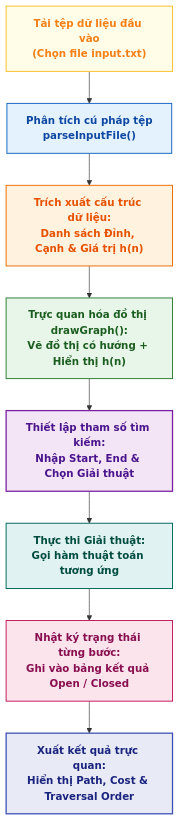
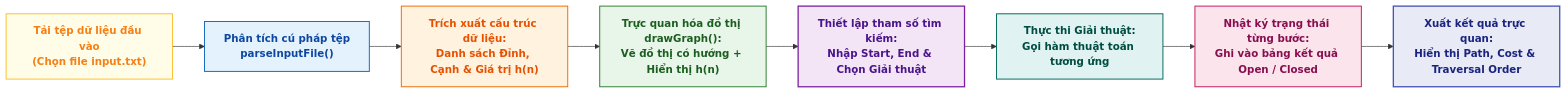
The second of 3 diagrams in README.md (huynhthanhphong231004IT/Artificial_Intelligence_CT332), drawn with Mermaid before and after one commit. The commit also changed other lines of this file, not shown here.

````diff
--- a/README.md
+++ b/README.md
@@ -108,34 +108,34 @@
 ```mermaid
-flowchart TD
+flowchart LR
     %% Định nghĩa phong cách màu sắc chuẩn Academic (Paper-Ready Multi-Color)
     classDef inputNode fill:#FFFDE7,stroke:#FBC02D,stroke-width:1.5px,color:#F57F17,font-weight:bold;
     classDef parseNode fill:#E3F2FD,stroke:#1565C0,stroke-width:1.5px,color:#0D47A1,font-weight:bold;
     classDef dataNode fill:#FFF3E0,stroke:#EF6C00,stroke-width:1.5px,color:#E65100,font-weight:bold;
     classDef renderNode fill:#E8F5E9,stroke:#2E7D32,stroke-width:1.5px,color:#1B5E20,font-weight:bold;
     classDef userNode fill:#F3E5F5,stroke:#7B1FA2,stroke-width:2px,color:#4A148C,font-weight:bold;
     classDef algoNode fill:#E0F2F1,stroke:#00695C,stroke-width:1.5px,color:#004D40,font-weight:bold;
     classDef logNode fill:#FCE4EC,stroke:#C2185B,stroke-width:1.5px,color:#880E4F,font-weight:bold;
     classDef resultNode fill:#E8EAF6,stroke:#3F51B5,stroke-width:2px,color:#1A237E,font-weight:bold;
 
     %% Các nút trong sơ đồ
     A["Tải tệp dữ liệu đầu vào<br/>(Chọn file input.txt)"]:::inputNode
     B["Phân tích cú pháp tệp<br/>parseInputFile()"]:::parseNode
     
     C["Trích xuất cấu trúc dữ liệu:<br/>Danh sách Đỉnh, Cạnh &amp; Giá trị h(n)"]:::dataNode
     D["Trực quan hóa đồ thị drawGraph():<br/>Vẽ đồ thị có hướng + Hiển thị h(n)"]:::renderNode
     
     E["Thiết lập tham số tìm kiếm:<br/>Nhập Start, End &amp; Chọn Giải thuật"]:::userNode
     F["Thực thi Giải thuật:<br/>Gọi hàm thuật toán tương ứng"]:::algoNode
     
     G["Nhật ký trạng thái từng bước:<br/>Ghi vào bảng kết quả Open / Closed"]:::logNode
     H["Xuất kết quả trực quan:<br/>Hiển thị Path, Cost &amp; Traversal Order"]:::resultNode
 
     %% Luồng liên kết
     A --> B
     B --> C
     C --> D
     D --> E
     E --> F
     F --> G
     G --> H
 ```
````
